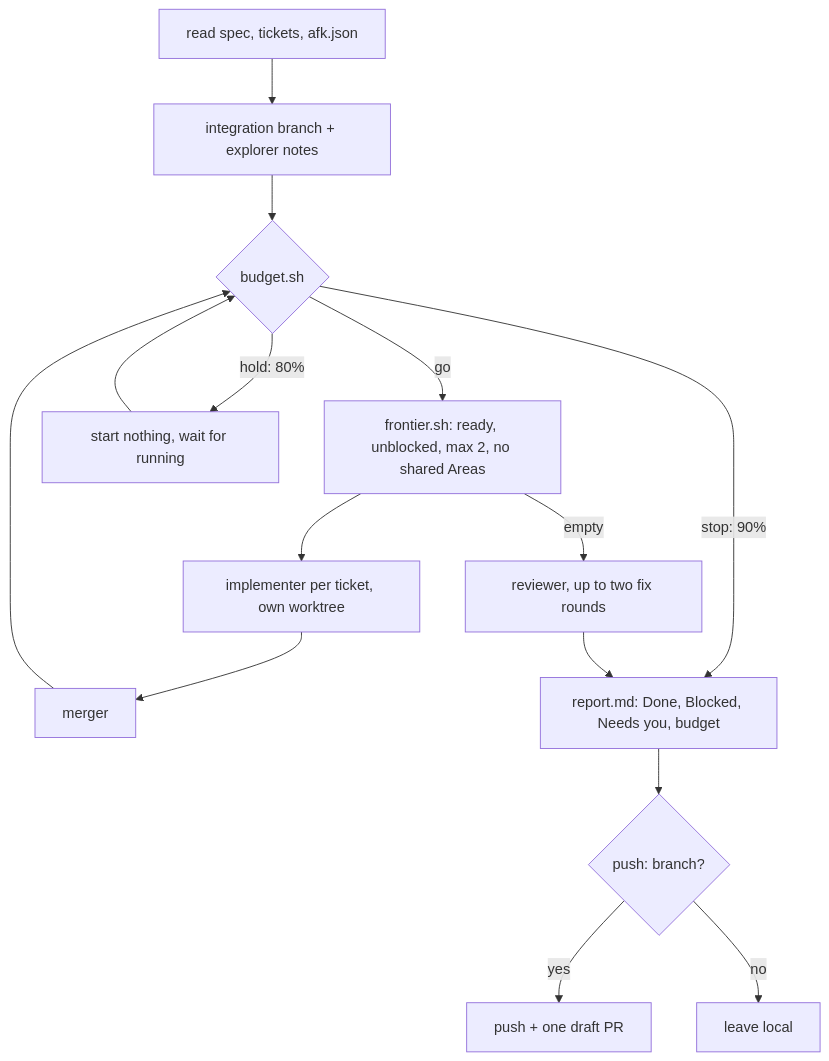
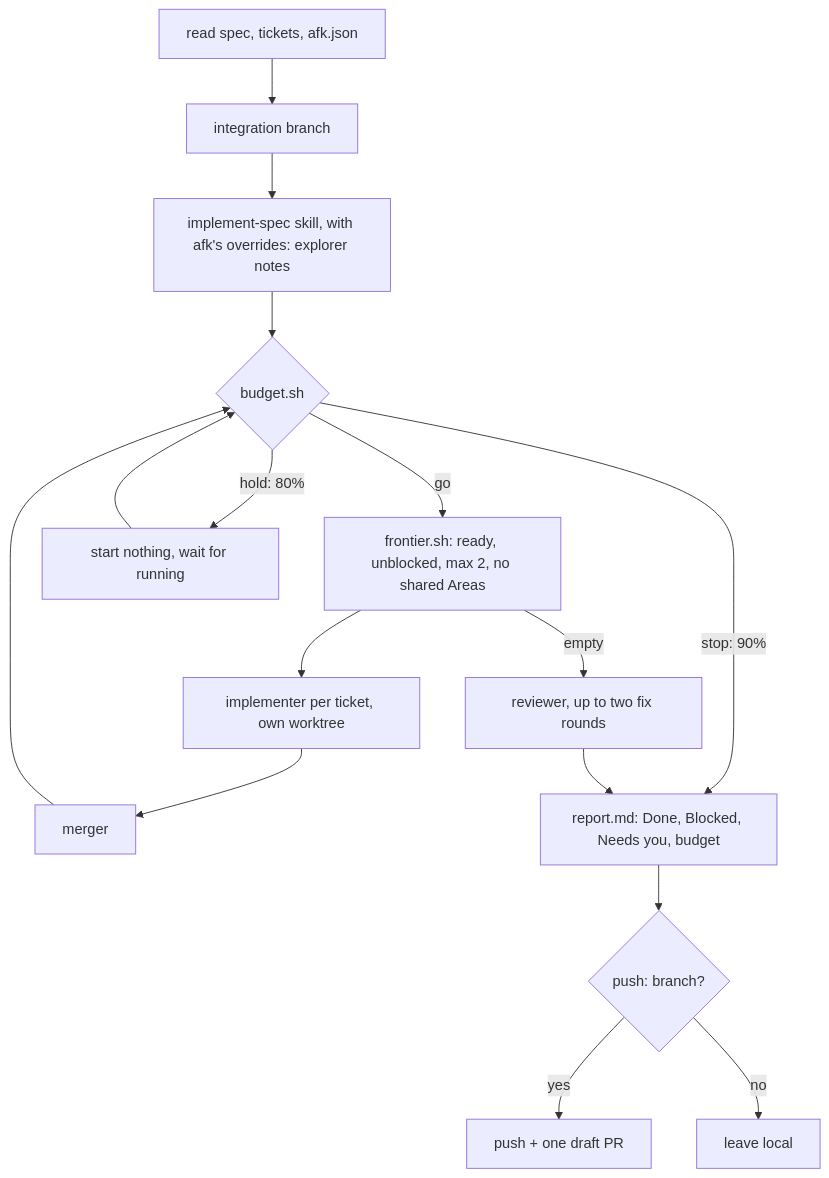
The diagram in skills/engineering/afk/README.md (willianjusten/agent-skills), drawn with Mermaid before and after one commit. The commit also changed other lines of this file and 1 other file, not shown here.

Commit message:
feat(afk): follow implement-spec with overrides instead of restating it

````diff
--- a/skills/engineering/afk/README.md
+++ b/skills/engineering/afk/README.md
@@ -7,17 +7,18 @@
 ```mermaid
 flowchart TD
-    READ[read spec, tickets, afk.json] --> BR[integration branch + explorer notes]
-    BR --> BUD{budget.sh}
+    READ[read spec, tickets, afk.json] --> BR[integration branch]
+    BR --> IS[implement-spec skill, with afk's overrides: explorer notes]
+    IS --> BUD{budget.sh}
     BUD -->|go| FR[frontier.sh: ready, unblocked, max 2, no shared Areas]
     FR --> IMP[implementer per ticket, own worktree]
     IMP --> MRG[merger]
     MRG --> BUD
     BUD -->|hold: 80%| WAIT[start nothing, wait for running]
     WAIT --> BUD
     BUD -->|stop: 90%| REP
     FR -->|empty| REV[reviewer, up to two fix rounds]
     REV --> REP[report.md: Done, Blocked, Needs you, budget]
     REP --> PUSH{"push: branch?"}
     PUSH -->|yes| PR[push + one draft PR]
     PUSH -->|no| LOCAL[leave local]
 ```
````
